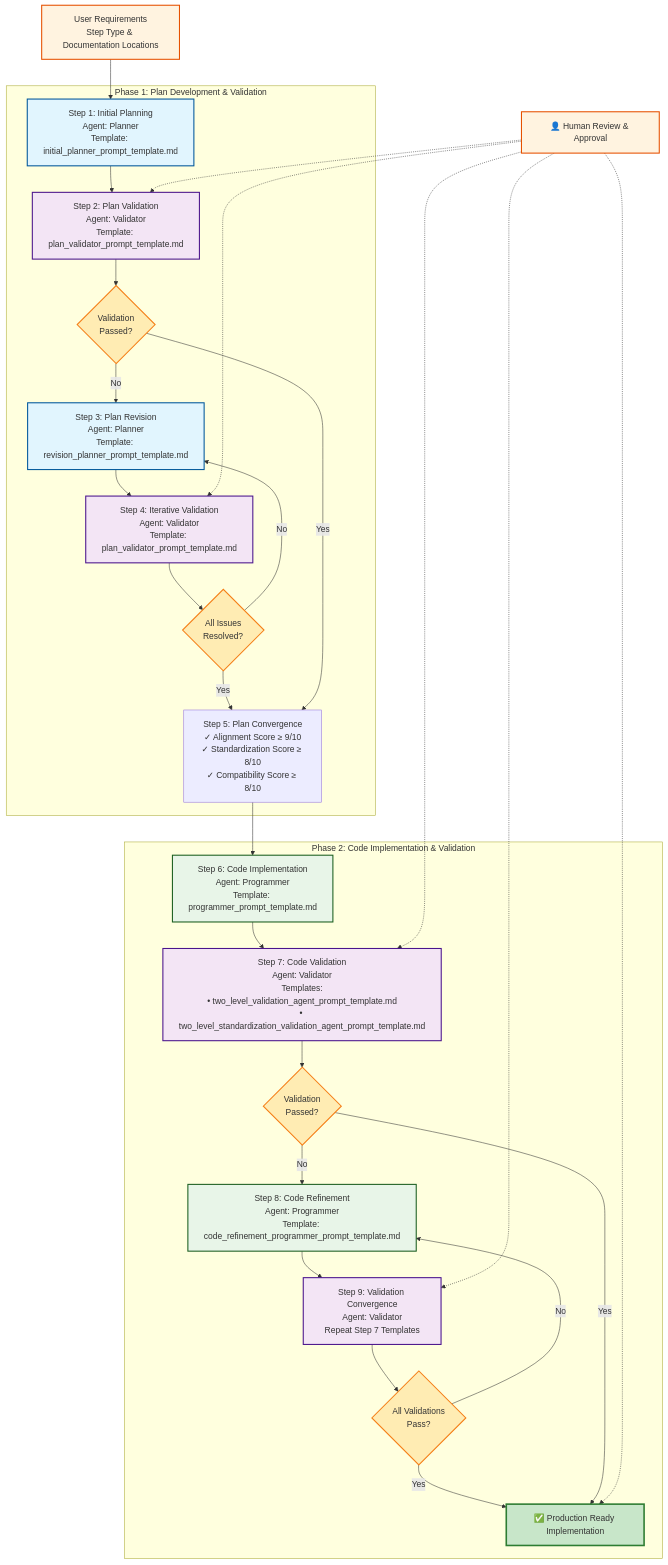
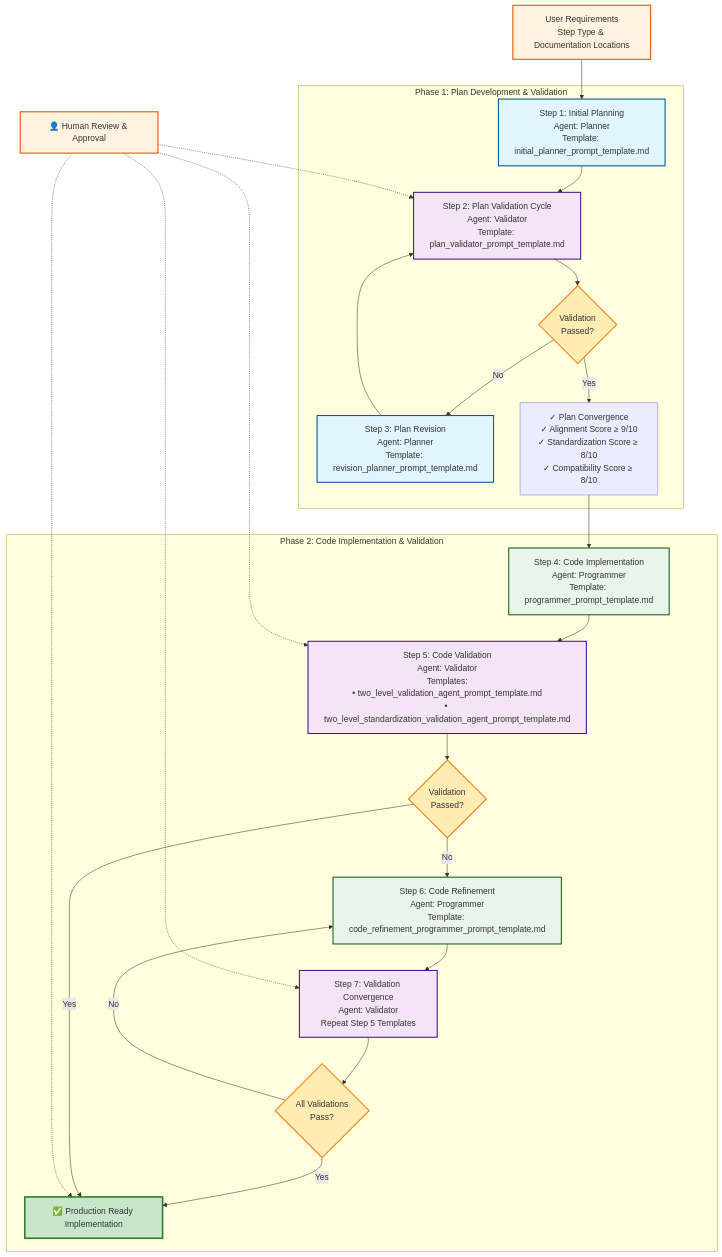
Before and after one commit to TianpeiLuke/cursus: the diagram in slipbox/1_design/agentic_workflow_design.md, drawn with Mermaid. The commit also changed other lines of this file and 8 other files, not shown here.

Commit message:
rename agentic workflow prompt template

````diff
--- a/slipbox/1_design/agentic_workflow_design.md
+++ b/slipbox/1_design/agentic_workflow_design.md
@@ -61,56 +61,52 @@
 ```mermaid
 flowchart TD
     %% User Input
     A[User Requirements<br/>Step Type & Documentation Locations] --> B[Step 1: Initial Planning]
     
     %% Phase 1: Plan Development and Validation
     subgraph Phase1 ["Phase 1: Plan Development & Validation"]
-        B[Step 1: Initial Planning<br/>Agent: Planner<br/>Template: initial_planner_prompt_template.md] --> C[Step 2: Plan Validation<br/>Agent: Validator<br/>Template: plan_validator_prompt_template.md]
+        B[Step 1: Initial Planning<br/>Agent: Planner<br/>Template: initial_planner_prompt_template.md] --> C[Step 2: Plan Validation Cycle<br/>Agent: Validator<br/>Template: plan_validator_prompt_template.md]
         
         C --> D{Validation<br/>Passed?}
         D -->|No| E[Step 3: Plan Revision<br/>Agent: Planner<br/>Template: revision_planner_prompt_template.md]
-        E --> F[Step 4: Iterative Validation<br/>Agent: Validator<br/>Template: plan_validator_prompt_template.md]
-        F --> G{All Issues<br/>Resolved?}
-        G -->|No| E
-        G -->|Yes| H[Step 5: Plan Convergence<br/>✓ Alignment Score ≥ 9/10<br/>✓ Standardization Score ≥ 8/10<br/>✓ Compatibility Score ≥ 8/10]
-        D -->|Yes| H
+        E --> C
+        D -->|Yes| F[✓ Plan Convergence<br/>✓ Alignment Score ≥ 9/10<br/>✓ Standardization Score ≥ 8/10<br/>✓ Compatibility Score ≥ 8/10]
     end
     
     %% Phase 2: Code Implementation and Validation
     subgraph Phase2 ["Phase 2: Code Implementation & Validation"]
-        H --> I[Step 6: Code Implementation<br/>Agent: Programmer<br/>Template: programmer_prompt_template.md]
+        F --> G[Step 4: Code Implementation<br/>Agent: Programmer<br/>Template: programmer_prompt_template.md]
         
-        I --> J[Step 7: Code Validation<br/>Agent: Validator<br/>Templates:<br/>• two_level_validation_agent_prompt_template.md<br/>• two_level_standardization_validation_agent_prompt_template.md]
+        G --> H[Step 5: Code Validation<br/>Agent: Validator<br/>Templates:<br/>• two_level_validation_agent_prompt_template.md<br/>• two_level_standardization_validation_agent_prompt_template.md]
         
-        J --> K{Validation<br/>Passed?}
-        K -->|No| L[Step 8: Code Refinement<br/>Agent: Programmer<br/>Template: code_refinement_programmer_prompt_template.md]
-        L --> M[Step 9: Validation Convergence<br/>Agent: Validator<br/>Repeat Step 7 Templates]
-        M --> N{All Validations<br/>Pass?}
-        N -->|No| L
-        N -->|Yes| O[✅ Production Ready Implementation]
-        K -->|Yes| O
+        H --> I{Validation<br/>Passed?}
+        I -->|No| J[Step 6: Code Refinement<br/>Agent: Programmer<br/>Template: code_refinement_programmer_prompt_template.md]
+        J --> K[Step 7: Validation Convergence<br/>Agent: Validator<br/>Repeat Step 5 Templates]
+        K --> L{All Validations<br/>Pass?}
+        L -->|No| J
+        L -->|Yes| M[✅ Production Ready Implementation]
+        I -->|Yes| M
     end
     
     %% Human-in-the-Loop Integration
-    P[👤 Human Review & Approval] -.-> C
-    P -.-> F
-    P -.-> J
-    P -.-> M
-    P -.-> O
+    N[👤 Human Review & Approval] -.-> C
+    N -.-> H
+    N -.-> K
+    N -.-> M
     
     %% Styling
     classDef plannerAgent fill:#e1f5fe,stroke:#01579b,stroke-width:2px
     classDef validatorAgent fill:#f3e5f5,stroke:#4a148c,stroke-width:2px
     classDef programmerAgent fill:#e8f5e8,stroke:#1b5e20,stroke-width:2px
     classDef userInput fill:#fff3e0,stroke:#e65100,stroke-width:2px
     classDef decision fill:#ffecb3,stroke:#f57f17,stroke-width:2px
     classDef success fill:#c8e6c9,stroke:#2e7d32,stroke-width:3px
     classDef phase fill:#f5f5f5,stroke:#424242,stroke-width:2px,stroke-dasharray: 5 5
     
     class B,E plannerAgent
-    class C,F,J,M validatorAgent
-    class I,L programmerAgent
-    class A,P userInput
-    class D,G,K,N decision
-    class O success
+    class C,H,K validatorAgent
+    class G,J programmerAgent
+    class A,N userInput
+    class D,I,L decision
+    class M success
 ```
````
